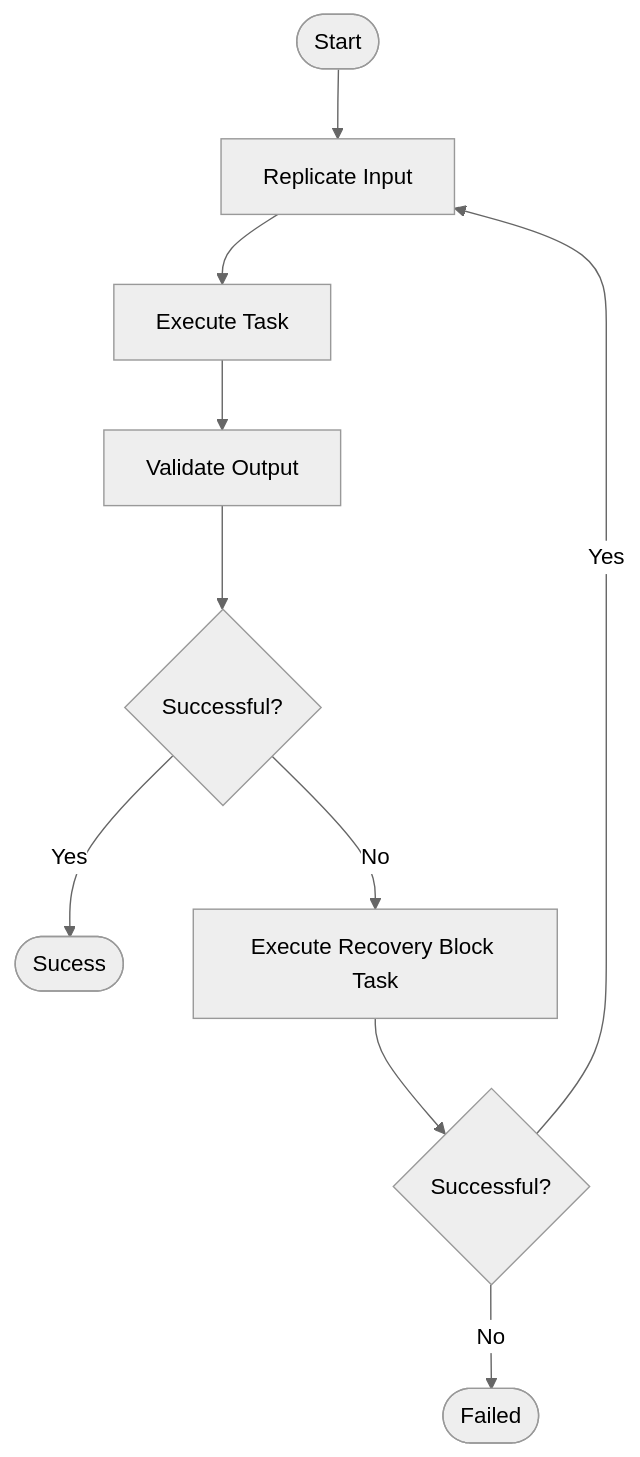
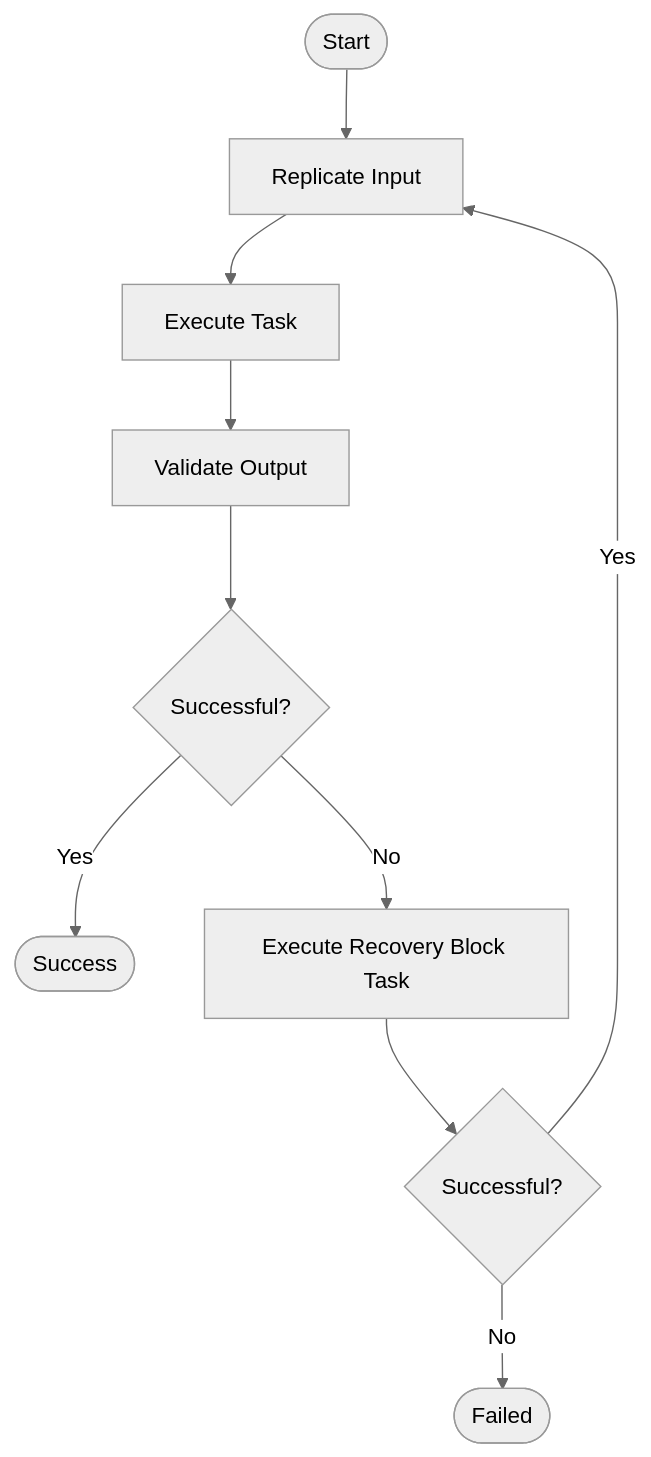
The diagram in sos/logical/resilience/recovery_block/workflow.mmd (ORNL/intersect-architecture), drawn with Mermaid (neutral theme) before and after one commit. The commit also changed 7 other files, not shown here.

```diff
--- a/sos/logical/resilience/recovery_block/workflow.mmd
+++ b/sos/logical/resilience/recovery_block/workflow.mmd
@@ -1,10 +1,10 @@
 flowchart TD
     A(["Start"]) --> B["Replicate Input"]
     B --> C["Execute Task"]
     C --> D["Validate Output"]
     D --> E{"Successful?"}
-    E -->|Yes| G(["Sucess"])
+    E -->|Yes| G(["Success"])
     E -->|No| H["Execute Recovery Block Task"]
     H --> I{"Successful?"}
     I -->|Yes| B
     I -->|No| J(["Failed"])
```
